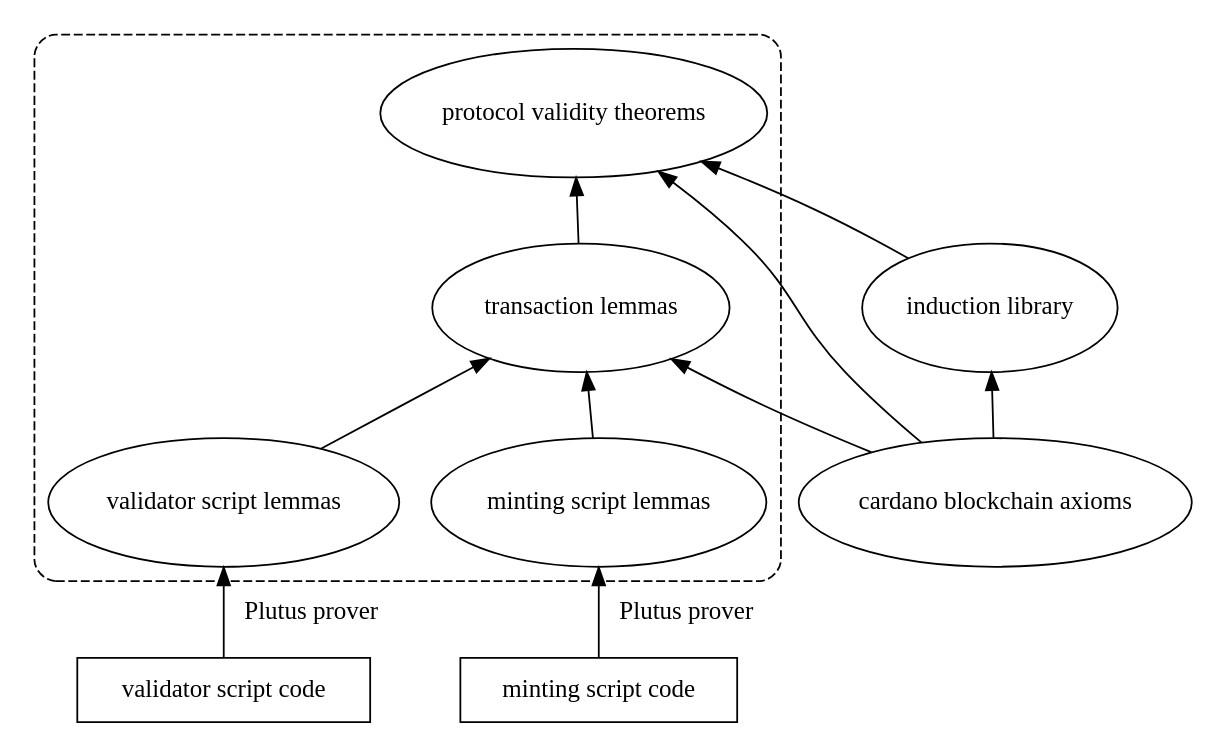
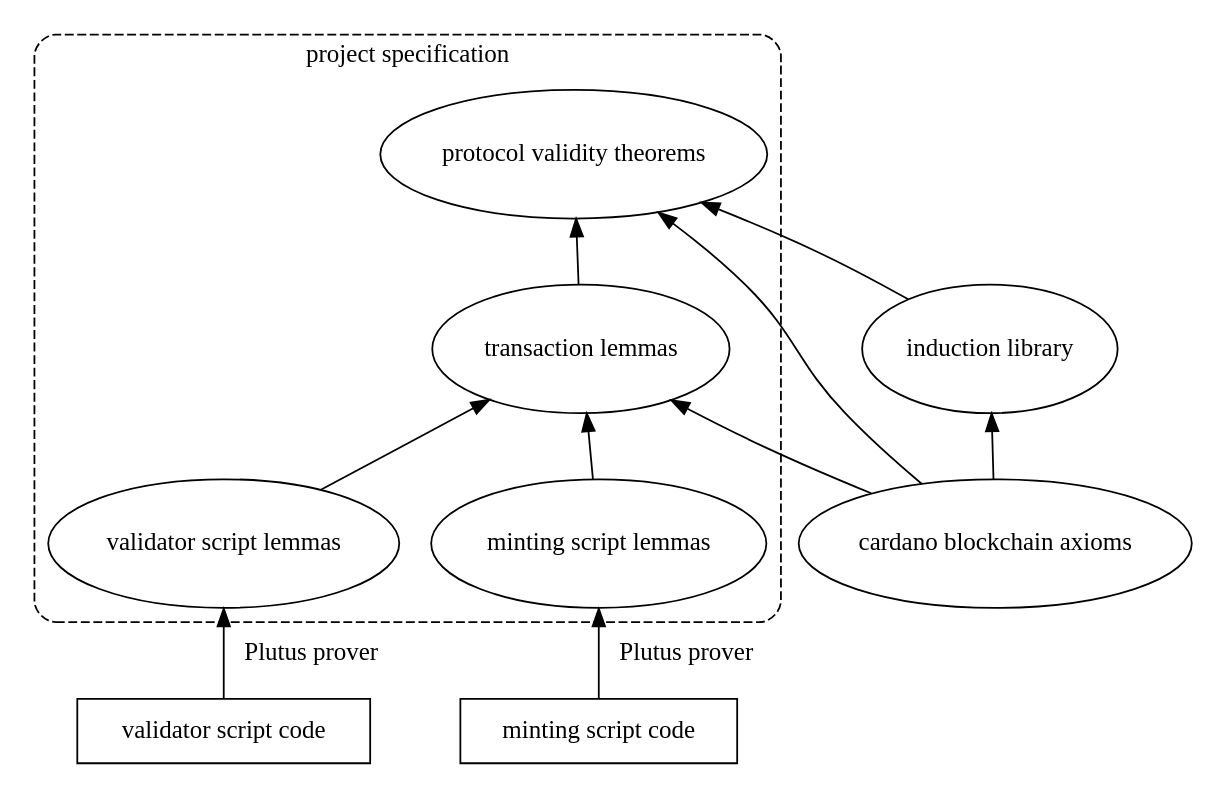
The diagram in img/ProofArchitecture.dot (mlabs-haskell/plutus-specification-language), drawn with Graphviz before and after one commit. The commit also changed 1 other file, not shown here.

Commit message:
Added cluster label

```diff
--- a/img/ProofArchitecture.dot
+++ b/img/ProofArchitecture.dot
@@ -1,58 +1,60 @@
 digraph ProofArchitecture {
   rankdir = BT;
 
   protocol_theorems
   [shape = ellipse,
    height = 1,
    label = "protocol validity theorems"];
 
   cardano_axioms
   [shape = ellipse,
    height = 1,
    label = "cardano blockchain axioms"];
 
   induction_library
   [shape = ellipse,
    height = 1,
    label = "induction library"];
 
   transaction_lemmas
   [shape = ellipse,
    height = 1,
    label = "transaction lemmas"
    ];
 
   validator_lemmas
   [shape = ellipse,
    height = 1,
    label = "validator script lemmas"
    ];
 
   minting_lemmas
   [shape = ellipse,
    height = 1,
    label = "minting script lemmas"
    ];
 
   validator_code
   [shape = box,
    label = "validator script code"
    ];
 
   minting_code
   [shape = box,
    label = "minting script code"
    ];
 
-  subgraph cluster {
+  subgraph cluster_spec {
      minting_lemmas; validator_lemmas;
      transaction_lemmas; protocol_theorems;
-     graph [ style = "dashed,rounded" ]
+     style = "dashed,rounded"
+     labelloc = "b"
+     label = "project specification"
   }
 
   minting_code -> minting_lemmas [label = "Plutus prover"]
   validator_code -> validator_lemmas [label = "Plutus prover"]
   {minting_lemmas, validator_lemmas, cardano_axioms} -> transaction_lemmas
   cardano_axioms -> induction_library
   {transaction_lemmas, cardano_axioms, induction_library} -> protocol_theorems
 }
```
